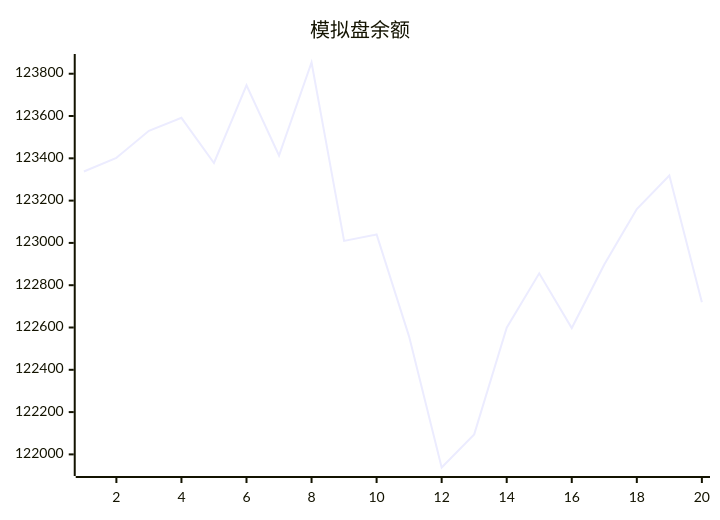
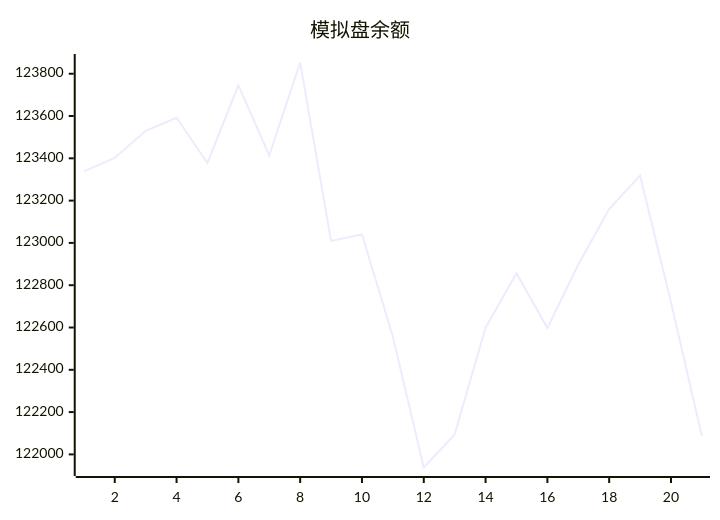
Before and after one commit to aahl/mcp-aktools: the diagram in trading/README.md, drawn with Mermaid. The commit also changed 1 other file, not shown here.

Commit message:
📈 AkTools MCP Server

````diff
--- a/trading/README.md
+++ b/trading/README.md
@@ -3,5 +3,5 @@
 ```mermaid
 xychart
     title "模拟盘余额"
-    line [123337.9,123402.4,123530.3,123591.6,123377.9,123745.3,123413.3,123853.1,123009.4,123039.8,122557.0,121938.0,122094.6,122599.0,122856.1,122597.3,122898.1,123160.2,123318.8,122719.1]
+    line [123337.9,123402.4,123530.3,123591.6,123377.9,123745.3,123413.3,123853.1,123009.4,123039.8,122557.0,121938.0,122094.6,122599.0,122856.1,122597.3,122898.1,123160.2,123318.8,122719.1,122086.7]
 ```
````
